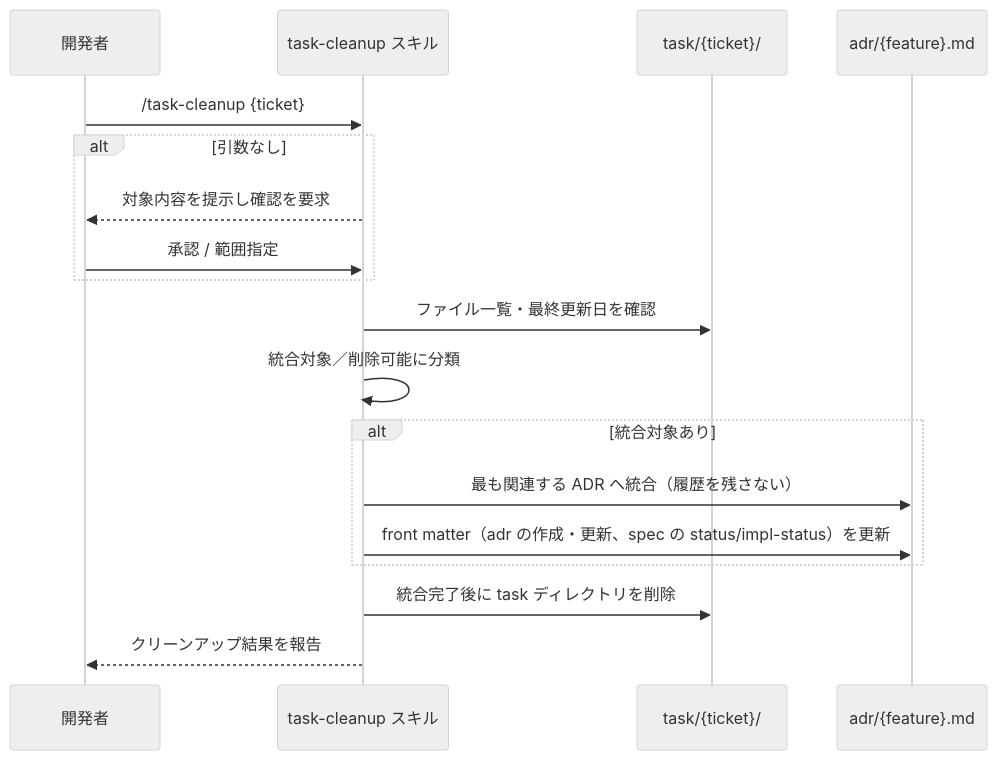
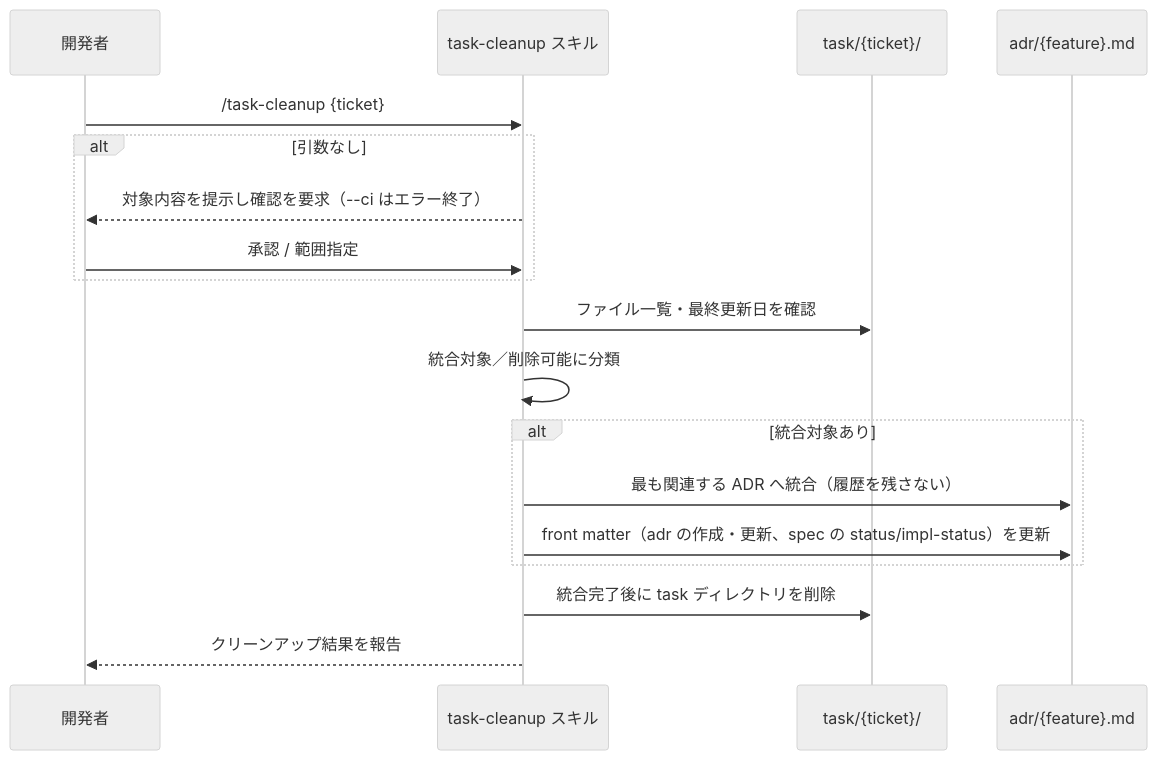
The diagram in .sdd/specification/task-implementation/task-cleanup_spec.md (ToshikiImagawa/ai-sdd-workflow-dev), drawn with Mermaid (neutral theme) before and after one commit. The commit also changed other lines of this file and 7 other files, not shown here.

````diff
--- a/.sdd/specification/task-implementation/task-cleanup_spec.md
+++ b/.sdd/specification/task-implementation/task-cleanup_spec.md
@@ -115,21 +120,21 @@
 ```mermaid
 sequenceDiagram
     participant User as 開発者
     participant Skill as task-cleanup スキル
     participant Task as task/{ticket}/
     participant Adr as adr/{feature}.md
 
     User ->> Skill: /task-cleanup {ticket}
     alt 引数なし
-        Skill -->> User: 対象内容を提示し確認を要求
+        Skill -->> User: 対象内容を提示し確認を要求（--ci はエラー終了）
         User ->> Skill: 承認 / 範囲指定
     end
     Skill ->> Task: ファイル一覧・最終更新日を確認
     Skill ->> Skill: 統合対象／削除可能に分類
     alt 統合対象あり
         Skill ->> Adr: 最も関連する ADR へ統合（履歴を残さない）
         Skill ->> Adr: front matter（adr の作成・更新、spec の status/impl-status）を更新
     end
     Skill ->> Task: 統合完了後に task ディレクトリを削除
     Skill -->> User: クリーンアップ結果を報告
 ```
````
